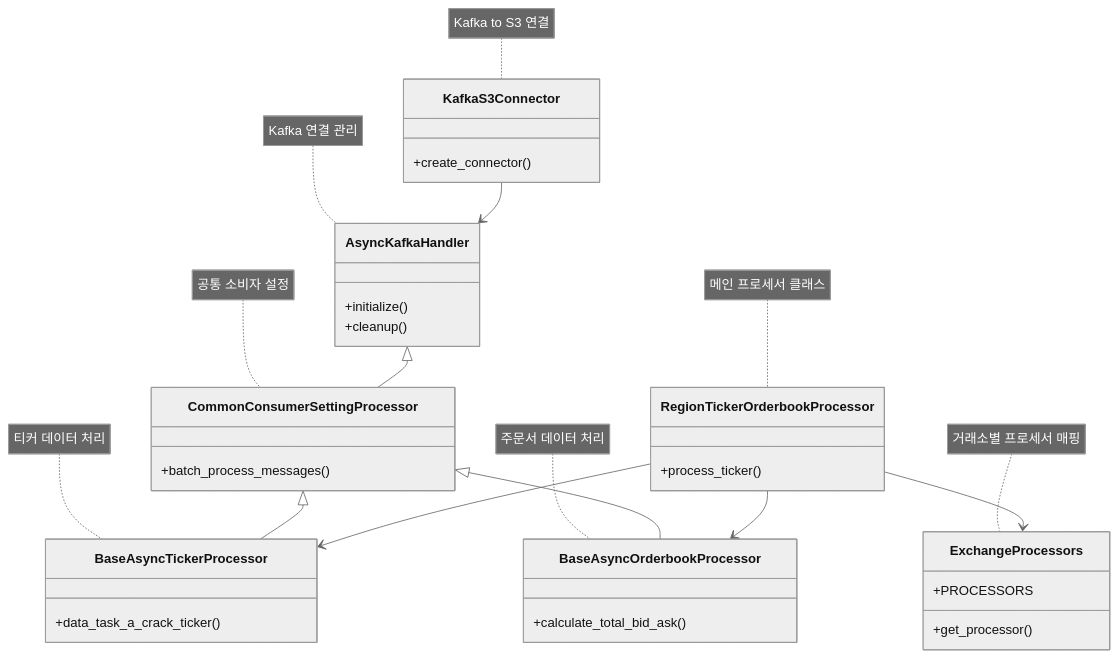
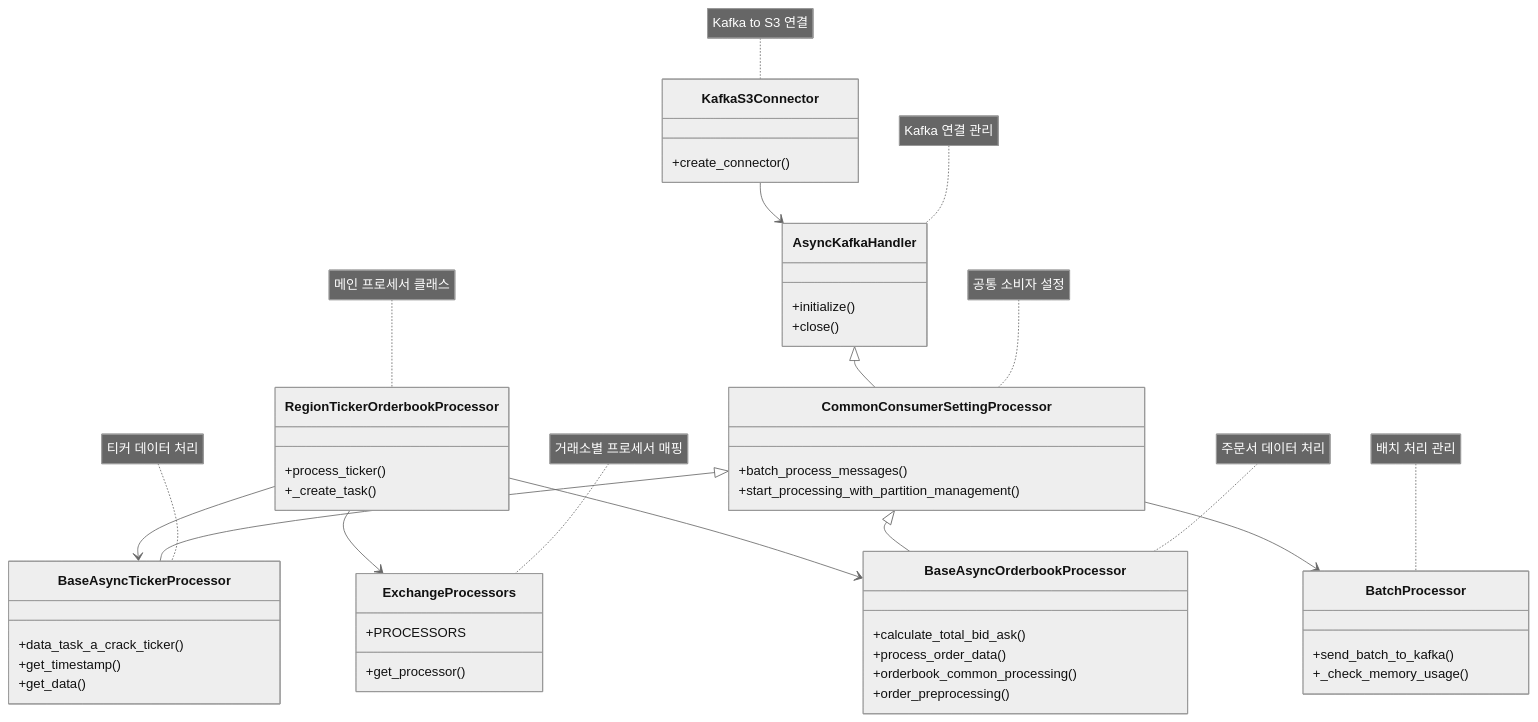
Before and after one commit to MajorShareholderClub/MarketFirstPreprocessHub: the diagram in README.md, drawn with Mermaid (neutral theme). The commit also changed other lines of this file, not shown here.

Commit message:
sytle: readme

````diff
--- a/README.md
+++ b/README.md
@@ -11,50 +11,64 @@
 ```mermaid
 classDiagram
     class RegionTickerOrderbookProcessor {
         +process_ticker()
+        +_create_task()
     }
     
     class AsyncKafkaHandler {
         +initialize()
-        +cleanup()
+        +close()
     }
     
     class CommonConsumerSettingProcessor {
         +batch_process_messages()
+        +start_processing_with_partition_management()
     }
     
     class BaseAsyncTickerProcessor {
         +data_task_a_crack_ticker()
+        +get_timestamp()
+        +get_data()
     }
     
     class BaseAsyncOrderbookProcessor {
         +calculate_total_bid_ask()
+        +process_order_data()
+        +orderbook_common_processing()
+        +order_preprocessing()
     }
     
     class ExchangeProcessors {
         +PROCESSORS
         +get_processor()
     }
     
     class KafkaS3Connector {
         +create_connector()
     }
+
+    class BatchProcessor {
+        +send_batch_to_kafka()
+        +_check_memory_usage()
+    }
     
     AsyncKafkaHandler <|-- CommonConsumerSettingProcessor
     CommonConsumerSettingProcessor <|-- BaseAsyncTickerProcessor
     CommonConsumerSettingProcessor <|-- BaseAsyncOrderbookProcessor
     
     RegionTickerOrderbookProcessor --> ExchangeProcessors
     RegionTickerOrderbookProcessor --> BaseAsyncTickerProcessor
     RegionTickerOrderbookProcessor --> BaseAsyncOrderbookProcessor
     
+    CommonConsumerSettingProcessor --> BatchProcessor
     KafkaS3Connector --> AsyncKafkaHandler
     
     note for RegionTickerOrderbookProcessor "메인 프로세서 클래스"
     note for AsyncKafkaHandler "Kafka 연결 관리"
     note for CommonConsumerSettingProcessor "공통 소비자 설정"
     note for BaseAsyncTickerProcessor "티커 데이터 처리"
     note for BaseAsyncOrderbookProcessor "주문서 데이터 처리"
     note for ExchangeProcessors "거래소별 프로세서 매핑"
     note for KafkaS3Connector "Kafka to S3 연결"
+    note for BatchProcessor "배치 처리 관리"
 ```
````
